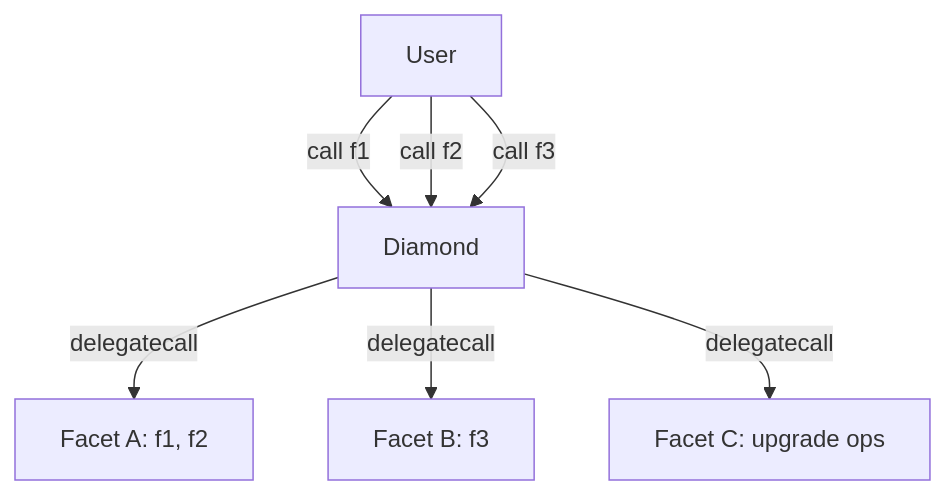
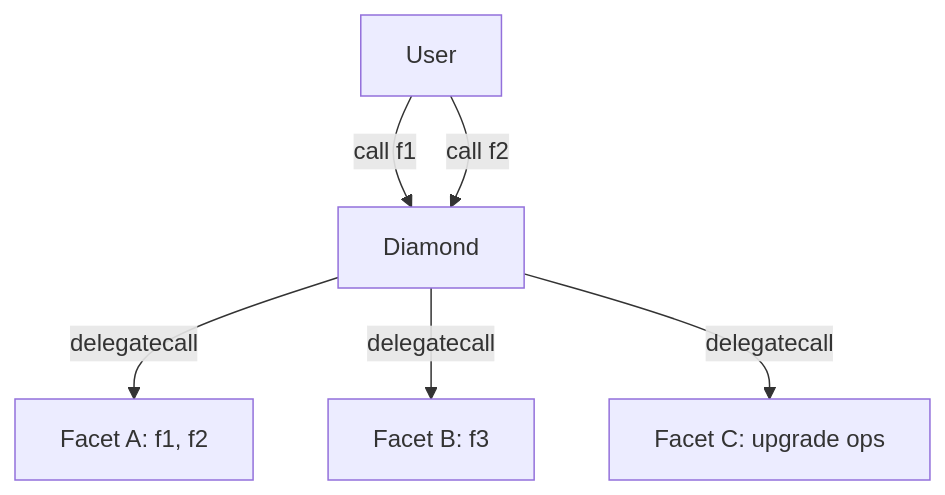
The second of 2 diagrams in web3-engineer-guide/04-Solidity开发/README.md (ChuwuYo/misc-files), drawn with Mermaid before and after one commit. The commit also changed other lines of this file and 211 other files, not shown here.

````diff
--- a/web3-engineer-guide/04-Solidity开发/README.md
+++ b/web3-engineer-guide/04-Solidity开发/README.md
@@ -1630,9 +1084,8 @@
 ```mermaid
 graph TD
     User -->|call f1| Diamond
     User -->|call f2| Diamond
-    User -->|call f3| Diamond
     Diamond -->|delegatecall| FacetA[Facet A: f1, f2]
     Diamond -->|delegatecall| FacetB[Facet B: f3]
     Diamond -->|delegatecall| FacetC[Facet C: upgrade ops]
 ```
````
